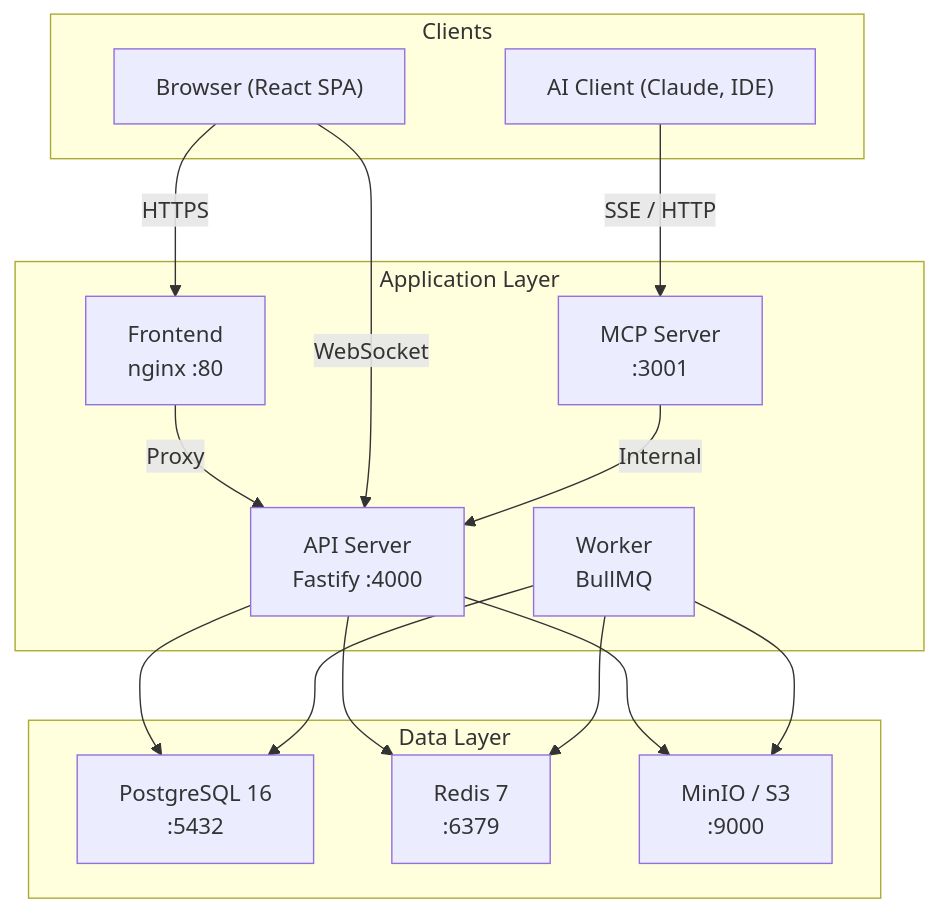
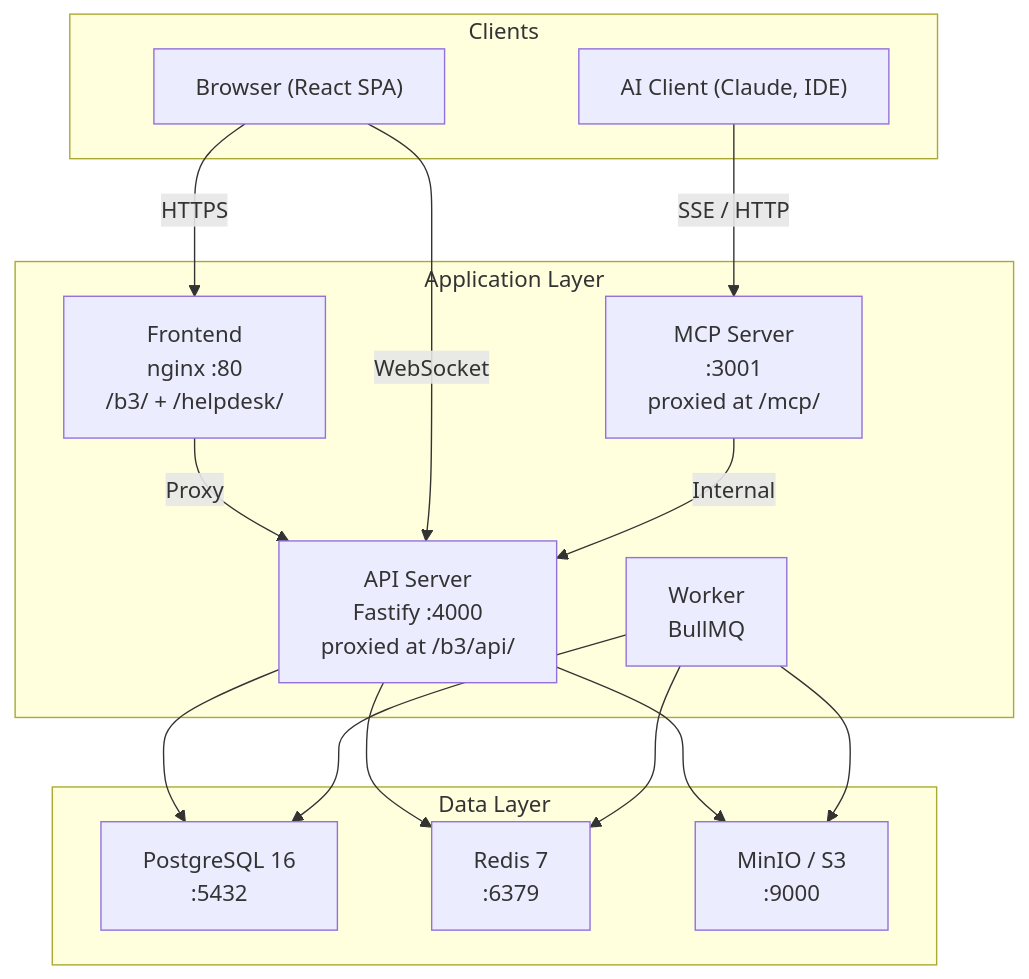
One commit to leith-bartrich/BigBlueBam changed the diagram in docs/README.md. Above: the diagram before and after it, drawn with Mermaid. The commit also changed other lines of this file and 96 other files, not shown here.

````diff
--- a/docs/README.md
+++ b/docs/README.md
@@ -24,32 +24,32 @@
 ```mermaid
 graph TB
     subgraph Clients
         Browser["Browser (React SPA)"]
         AI["AI Client (Claude, IDE)"]
     end
 
     subgraph Application Layer
-        FE["Frontend<br/>nginx :80"]
-        API["API Server<br/>Fastify :4000"]
-        MCP["MCP Server<br/>:3001"]
+        FE["Frontend<br/>nginx :80<br/>/b3/ + /helpdesk/"]
+        API["API Server<br/>Fastify :4000<br/>proxied at /b3/api/"]
+        MCP["MCP Server<br/>:3001<br/>proxied at /mcp/"]
         Worker["Worker<br/>BullMQ"]
     end
 
     subgraph Data Layer
         PG["PostgreSQL 16<br/>:5432"]
         Redis["Redis 7<br/>:6379"]
         MinIO["MinIO / S3<br/>:9000"]
     end
 
     Browser -->|HTTPS| FE
     FE -->|Proxy| API
     Browser -->|WebSocket| API
     AI -->|SSE / HTTP| MCP
     MCP -->|Internal| API
     API --> PG
     API --> Redis
     API --> MinIO
     Worker --> PG
     Worker --> Redis
     Worker --> MinIO
 ```
````
